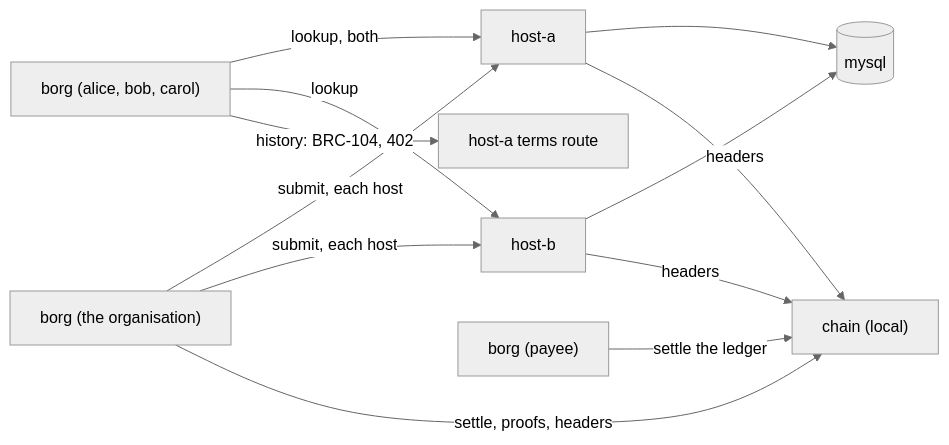
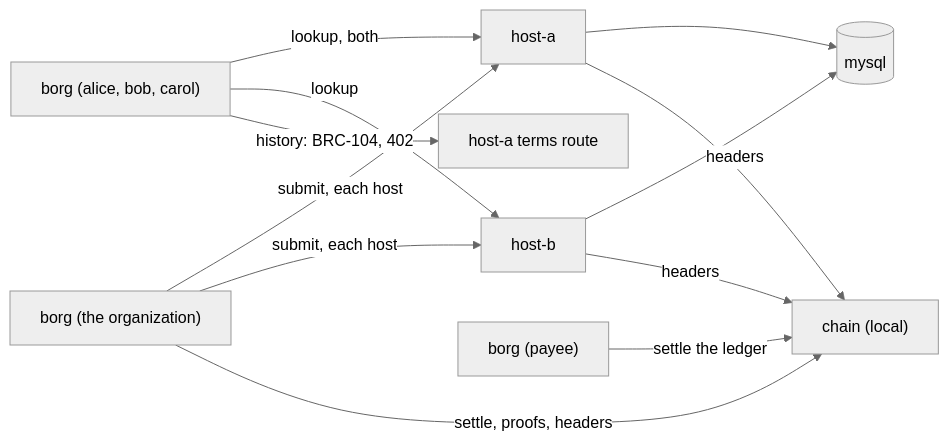
One commit to lightwebinc/borg changed the diagram in QUICKSTART.md. Above: the diagram before and after it, drawn with Mermaid (neutral theme). The commit also changed other lines of this file and 12 other files, not shown here.

````diff
--- a/QUICKSTART.md
+++ b/QUICKSTART.md
@@ -14,14 +82,14 @@
 ```mermaid
 flowchart LR
-  O["borg (the organisation)"] -->|"submit, each host"| HA["host-a"]
+  O["borg (the organization)"] -->|"submit, each host"| HA["host-a"]
   O -->|"submit, each host"| HB["host-b"]
   M["borg (alice, bob, carol)"] -->|"lookup, both"| HA
   M -->|lookup| HB
   M -->|"history: BRC-104, 402"| T["host-a terms route"]
   P["borg (payee)"] -->|"settle the ledger"| C
   HA --> D[(mysql)]
   HB --> D
   O -->|"settle, proofs, headers"| C["chain (local)"]
   HA -->|headers| C
   HB -->|headers| C
 ```
````
